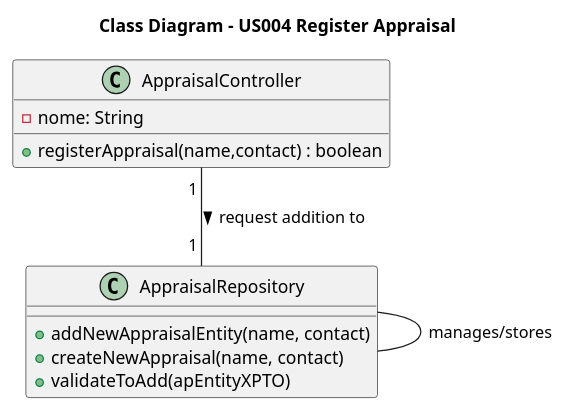
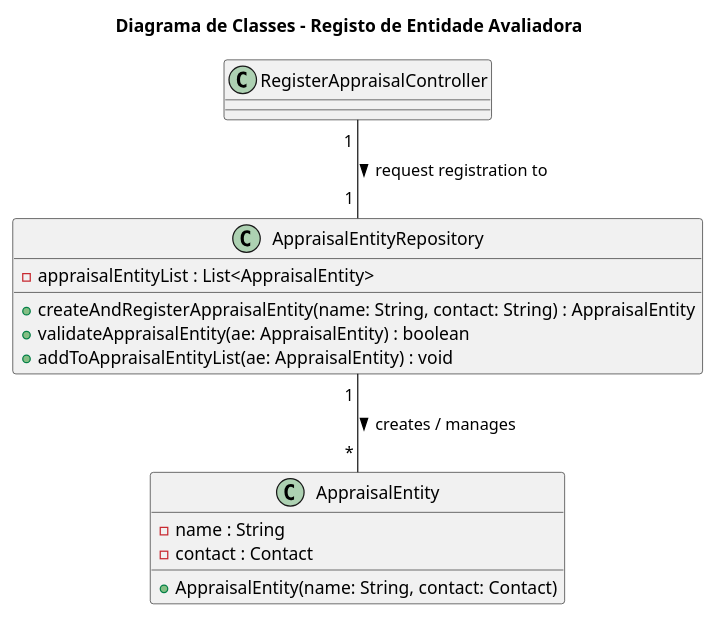
One commit to AndrePereiraGitH/SWitCH-Project-Team_A changed the diagram in Diagrams/ClassDiagrams/US004-to-register-an-appraisal-entity.puml. Above: the diagram before and after it, drawn with PlantUML. The commit also changed 5 other files, not shown here.

Commit message:
Working on #23 #26, updating Sequence Digram and Class Diagram

```diff
--- a/Diagrams/ClassDiagrams/US004-to-register-an-appraisal-entity.puml
+++ b/Diagrams/ClassDiagrams/US004-to-register-an-appraisal-entity.puml
@@ -1,33 +1,39 @@
 @startuml
-
-title Class Diagram - US004 Register Appraisal
-
-' Application Layer
-class AppraisalController {
-  - nome: String
-
-  + registerAppraisal(name,contact) : boolean
+title Diagrama de Classes - Registo de Entidade Avaliadora
+/'
+class Administrator {
+  +provideAppraisalEntityData() : void
 }
 
-class AppraisalRepository {
-  + addNewAppraisalEntity(name, contact)
-  + createNewAppraisal(name, contact)
-  + validateToAdd(apEntityXPTO)
+class UI {
+  +requestAppraisalEntityData() : void
+  +sendAppraisalEntityData(name: String, contact: String) : void
+  +showSuccess() : void
 }
 
-/'
-Appraisal "1" -- "*" AppraisalRecord : performs
-AppraisalRecord "1" -- "1" Publication : evaluates
-AppraisalRecord "1" -- "1" Appraisal : appraiser
+class RegisterAppraisalController {
+  +registerAppraisalEntity(name: String, contact: String) : boolean
+}
+'/
+class AppraisalEntityRepository {
+  -appraisalEntityList : List<AppraisalEntity>
+  +createAndRegisterAppraisalEntity(name: String, contact: String) : AppraisalEntity
+  +validateAppraisalEntity(ae: AppraisalEntity) : boolean
+  +addToAppraisalEntityList(ae: AppraisalEntity) : void
+}
 
-Publication "1" -- "1" Genre
-Publication "1" -- "1" ListingType
-'/
+class AppraisalEntity {
+  -name : String
+  -contact : Contact
+  +AppraisalEntity(name: String, contact: Contact)
+}
 
-' Interection
+' Interactions
 
-AppraisalController "1 " -- "1 " AppraisalRepository : request addition to >
+' Administrator "1" --> "1" UI : interacts
+' UI "1" --> "1" RegisterAppraisalController : calls
 
-AppraisalRepository -- AppraisalRepository : manages/stores
+RegisterAppraisalController "1 " -- "1 " AppraisalEntityRepository : request registration to >
+AppraisalEntityRepository "1 " -- " * " AppraisalEntity : creates / manages >
 
 @enduml
```
